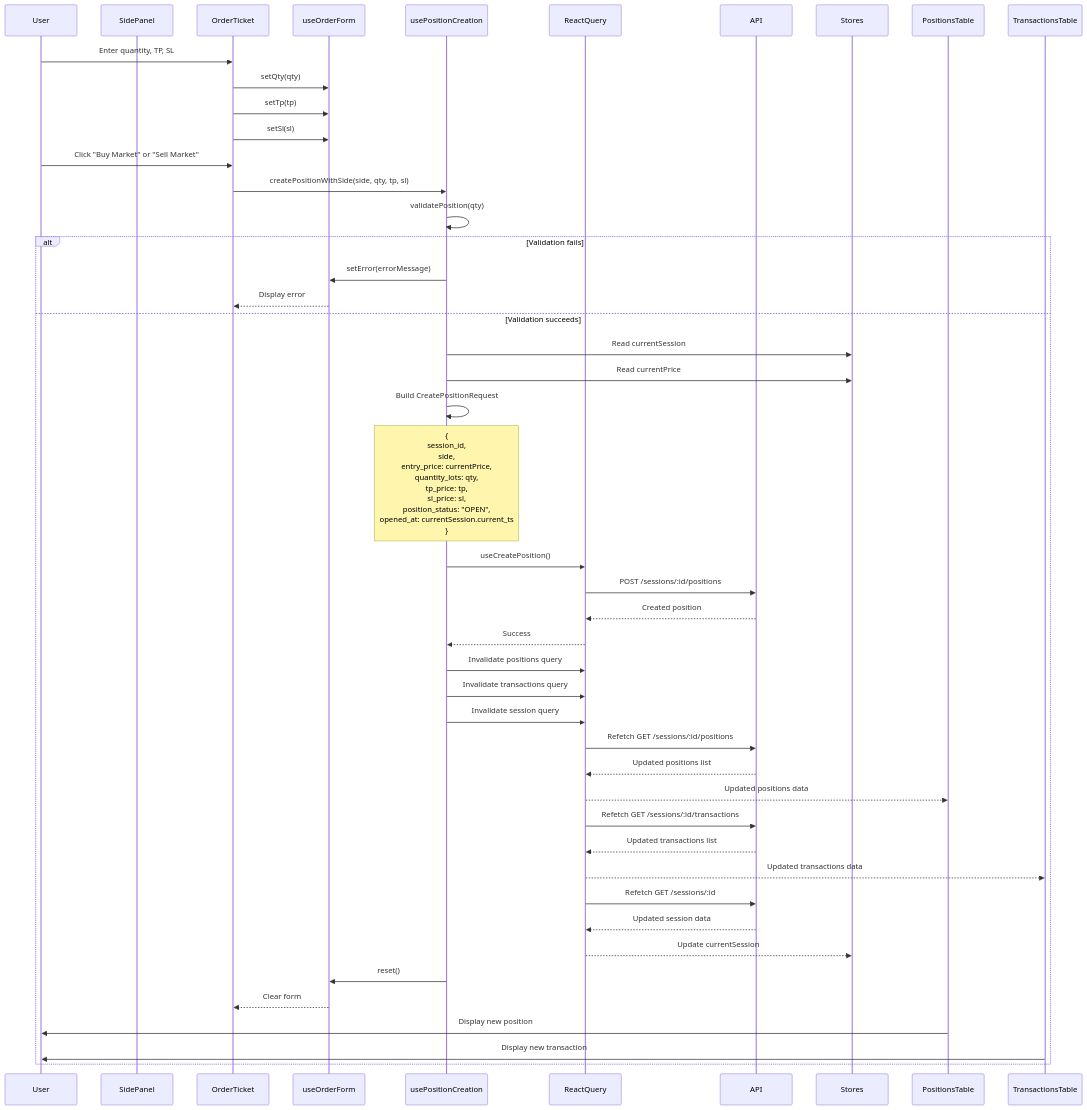
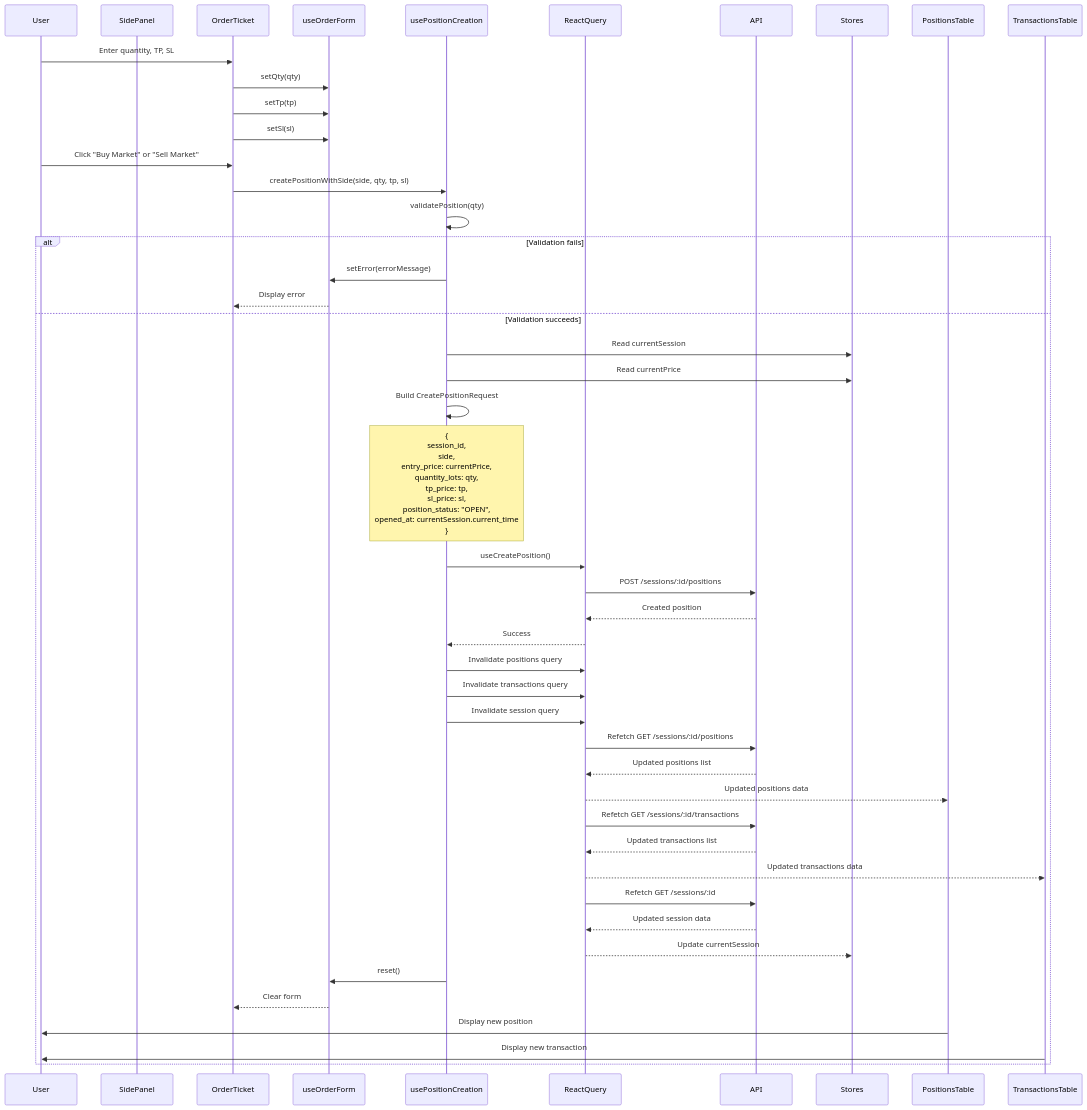
The diagram in documentation/features/frontend/session-running/sequence-position-creation.mmd (DamienReichhart/BackTrade), drawn with Mermaid before and after one commit. The commit also changed 56 other files, not shown here.

```diff
--- a/documentation/features/frontend/session-running/sequence-position-creation.mmd
+++ b/documentation/features/frontend/session-running/sequence-position-creation.mmd
@@ -1,59 +1,59 @@
 sequenceDiagram
     participant User
     participant SidePanel
     participant OrderTicket
     participant useOrderForm
     participant usePositionCreation
     participant ReactQuery
     participant API
     participant Stores
     participant PositionsTable
     participant TransactionsTable
     
     User->>OrderTicket: Enter quantity, TP, SL
     OrderTicket->>useOrderForm: setQty(qty)
     OrderTicket->>useOrderForm: setTp(tp)
     OrderTicket->>useOrderForm: setSl(sl)
     
     User->>OrderTicket: Click "Buy Market" or "Sell Market"
     OrderTicket->>usePositionCreation: createPositionWithSide(side, qty, tp, sl)
     
     usePositionCreation->>usePositionCreation: validatePosition(qty)
     
     alt Validation fails
         usePositionCreation->>useOrderForm: setError(errorMessage)
         useOrderForm-->>OrderTicket: Display error
     else Validation succeeds
         usePositionCreation->>Stores: Read currentSession
         usePositionCreation->>Stores: Read currentPrice
         
         usePositionCreation->>usePositionCreation: Build CreatePositionRequest
-        Note over usePositionCreation: {<br/>session_id,<br/>side,<br/>entry_price: currentPrice,<br/>quantity_lots: qty,<br/>tp_price: tp,<br/>sl_price: sl,<br/>position_status: "OPEN",<br/>opened_at: currentSession.current_ts<br/>}
+        Note over usePositionCreation: {<br/>session_id,<br/>side,<br/>entry_price: currentPrice,<br/>quantity_lots: qty,<br/>tp_price: tp,<br/>sl_price: sl,<br/>position_status: "OPEN",<br/>opened_at: currentSession.current_time<br/>}
         
         usePositionCreation->>ReactQuery: useCreatePosition()
         ReactQuery->>API: POST /sessions/:id/positions
         API-->>ReactQuery: Created position
         ReactQuery-->>usePositionCreation: Success
         
         usePositionCreation->>ReactQuery: Invalidate positions query
         usePositionCreation->>ReactQuery: Invalidate transactions query
         usePositionCreation->>ReactQuery: Invalidate session query
         
         ReactQuery->>API: Refetch GET /sessions/:id/positions
         API-->>ReactQuery: Updated positions list
         ReactQuery-->>PositionsTable: Updated positions data
         
         ReactQuery->>API: Refetch GET /sessions/:id/transactions
         API-->>ReactQuery: Updated transactions list
         ReactQuery-->>TransactionsTable: Updated transactions data
         
         ReactQuery->>API: Refetch GET /sessions/:id
         API-->>ReactQuery: Updated session data
         ReactQuery-->>Stores: Update currentSession
         
         usePositionCreation->>useOrderForm: reset()
         useOrderForm-->>OrderTicket: Clear form
         
         PositionsTable->>User: Display new position
         TransactionsTable->>User: Display new transaction
     end
```
